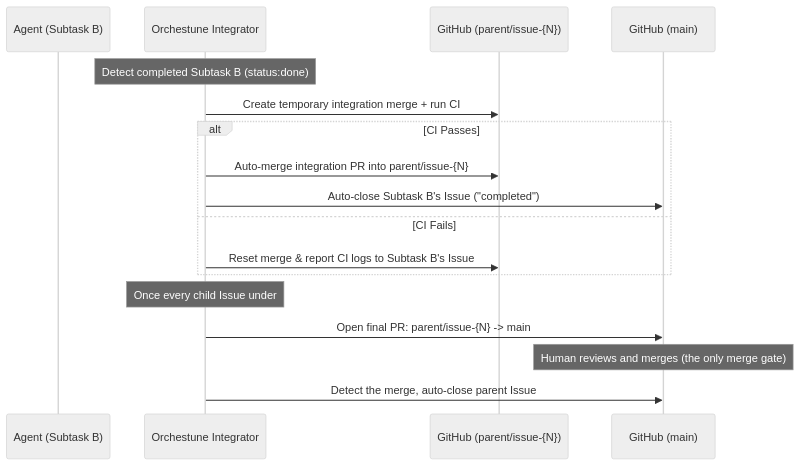
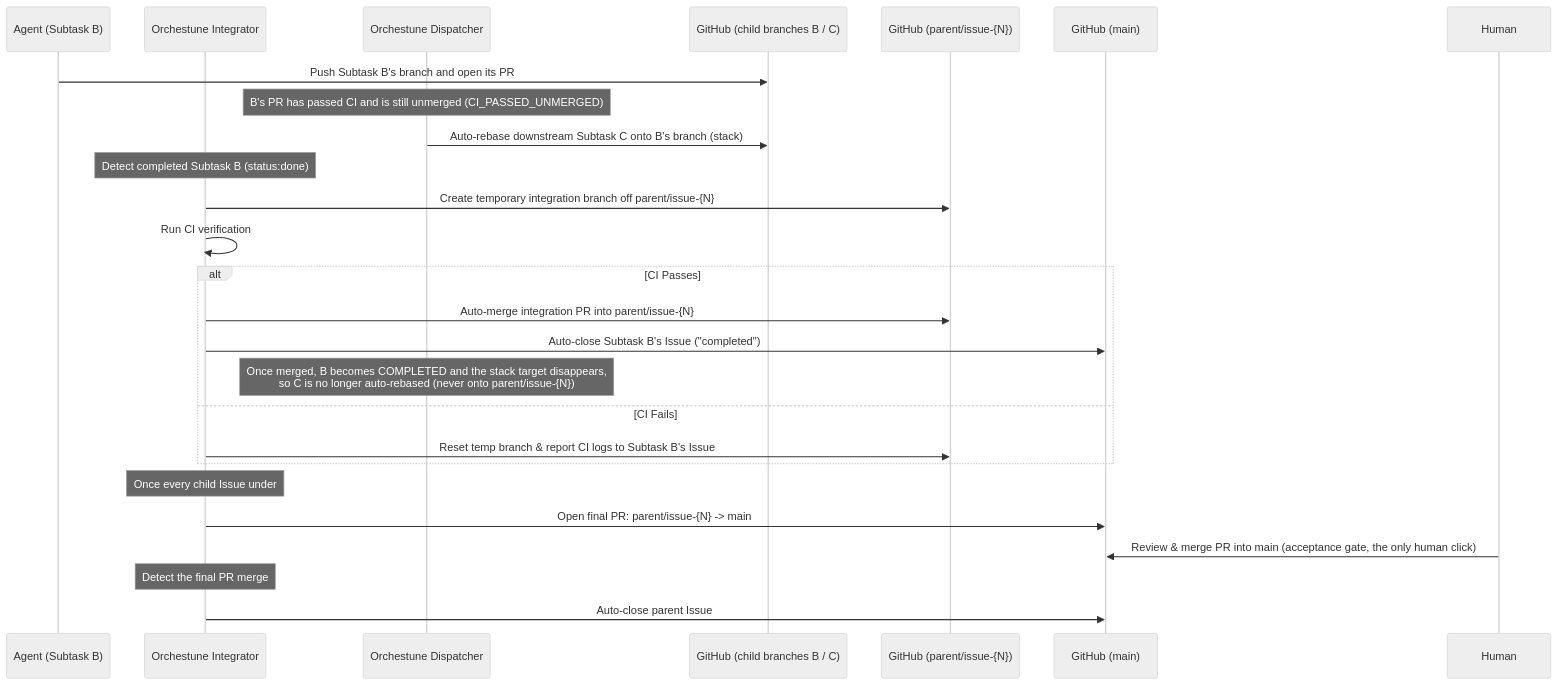
Before and after one commit to Saltmu/orchestune: the diagram in docs/en/architecture/integration.md, drawn with Mermaid (neutral theme). The commit also changed other lines of this file and 3 other files, not shown here.

First line of the commit message:
docs(architecture): align auto-rebase narrative with shared stack target policy (#910)

````diff
--- a/docs/en/architecture/integration.md
+++ b/docs/en/architecture/integration.md
@@ -11,20 +11,29 @@
 ```mermaid
 sequenceDiagram
     participant AG as Agent (Subtask B)
-    participant DP as Orchestune Integrator
+    participant IG as Orchestune Integrator
+    participant DP as Orchestune Dispatcher
+    participant CB as GitHub (child branches B / C)
     participant PB as GitHub (parent/issue-{N})
     participant GH as GitHub (main)
+    participant HU as Human
 
-    Note over DP: Detect completed Subtask B (status:done)
-    DP->>PB: Create temporary integration merge + run CI
+    AG->>CB: Push Subtask B's branch and open its PR
+    Note over DP: B's PR has passed CI and is still unmerged (CI_PASSED_UNMERGED)
+    DP->>CB: Auto-rebase downstream Subtask C onto B's branch (stack)
+    Note over IG: Detect completed Subtask B (status:done)
+    IG->>PB: Create temporary integration branch off parent/issue-{N}
+    IG->>IG: Run CI verification
     alt CI Passes
-        DP->>PB: Auto-merge integration PR into parent/issue-{N}
-        DP->>GH: Auto-close Subtask B's Issue ("completed")
+        IG->>PB: Auto-merge integration PR into parent/issue-{N}
+        IG->>GH: Auto-close Subtask B's Issue ("completed")
+        Note over DP: Once merged, B becomes COMPLETED and the stack target disappears,<br/>so C is no longer auto-rebased (never onto parent/issue-{N})
     else CI Fails
-        DP->>PB: Reset merge & report CI logs to Subtask B's Issue
+        IG->>PB: Reset temp branch & report CI logs to Subtask B's Issue
     end
-    Note over DP: Once every child Issue under #N is closed
-    DP->>GH: Open final PR: parent/issue-{N} -> main
-    Note over GH: Human reviews and merges (the only merge gate)
-    DP->>GH: Detect the merge, auto-close parent Issue #N ("completed")
+    Note over IG: Once every child Issue under #N is closed
+    IG->>GH: Open final PR: parent/issue-{N} -> main
+    HU->>GH: Review & merge PR into main (acceptance gate, the only human click)
+    Note over IG: Detect the final PR merge
+    IG->>GH: Auto-close parent Issue #N ("completed")
 ```
````
